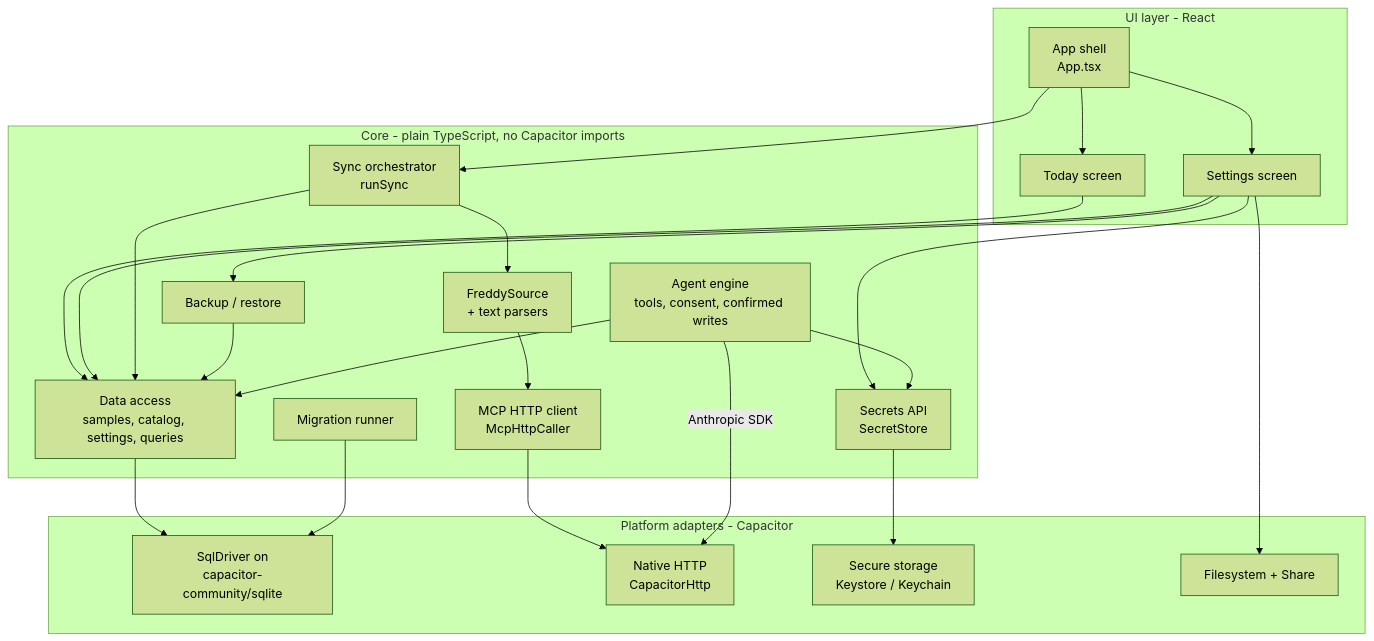
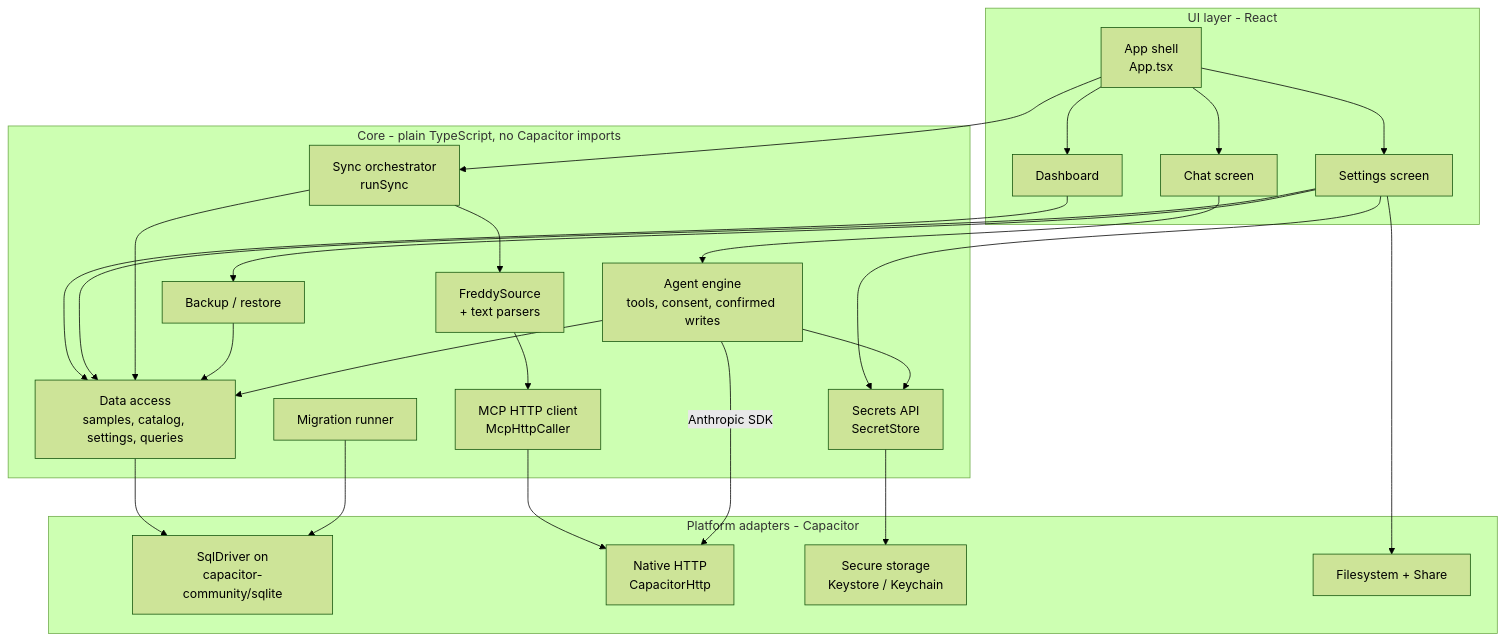
Before and after one commit to alfredoartilesv/even: the second of 6 diagrams in docs/HLD.md, drawn with Mermaid (forest theme). The commit also changed other lines of this file and 37 other files, not shown here.

````diff
--- a/docs/HLD.md
+++ b/docs/HLD.md
@@ -56,39 +56,41 @@
 ```mermaid
 flowchart TB
   subgraph ui[UI layer - React]
     appShell[App shell<br/>App.tsx]
-    today[Today screen]
+    dash[Dashboard]
+    chatUi[Chat screen]
     settings[Settings screen]
   end
   subgraph core[Core - plain TypeScript, no Capacitor imports]
     sync[Sync orchestrator<br/>runSync]
     source[FreddySource<br/>+ text parsers]
     mcp[MCP HTTP client<br/>McpHttpCaller]
     backup[Backup / restore]
     repo[Data access<br/>samples, catalog, settings, queries]
     migrate[Migration runner]
     secretsApi[Secrets API<br/>SecretStore]
     chat[Agent engine<br/>tools, consent, confirmed writes]
   end
   subgraph platform[Platform adapters - Capacitor]
     driver[SqlDriver on<br/>capacitor-community/sqlite]
     nativeHttp[Native HTTP<br/>CapacitorHttp]
     secure[Secure storage<br/>Keystore / Keychain]
     files[Filesystem + Share]
   end
 
-  appShell --> today & settings
+  appShell --> dash & chatUi & settings
   appShell --> sync
-  today --> repo
+  dash --> repo
+  chatUi --> chat
   settings --> backup & secretsApi & repo
   sync --> source --> mcp --> nativeHttp
   sync --> repo
   backup --> repo
   repo --> driver
   migrate --> driver
   secretsApi --> secure
   settings --> files
   chat --> repo
   chat --> secretsApi
   chat -- "Anthropic SDK" --> nativeHttp
 ```
````
